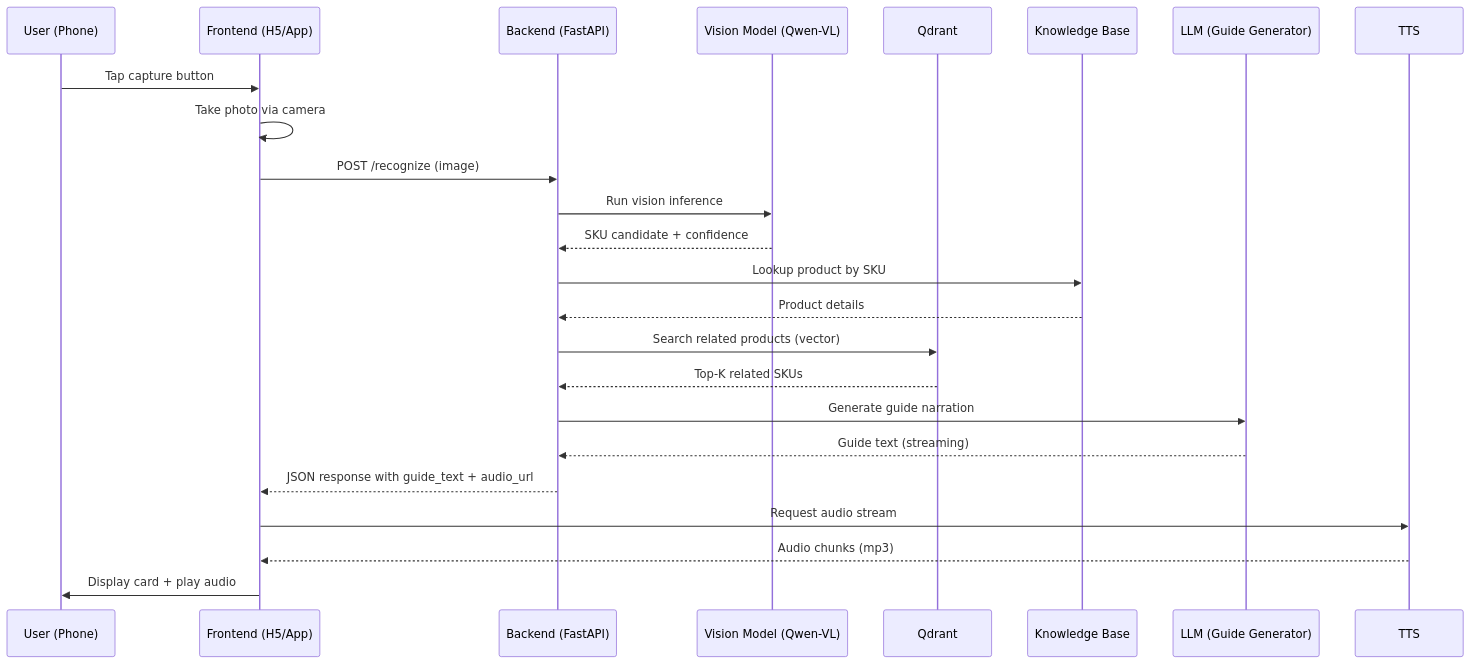
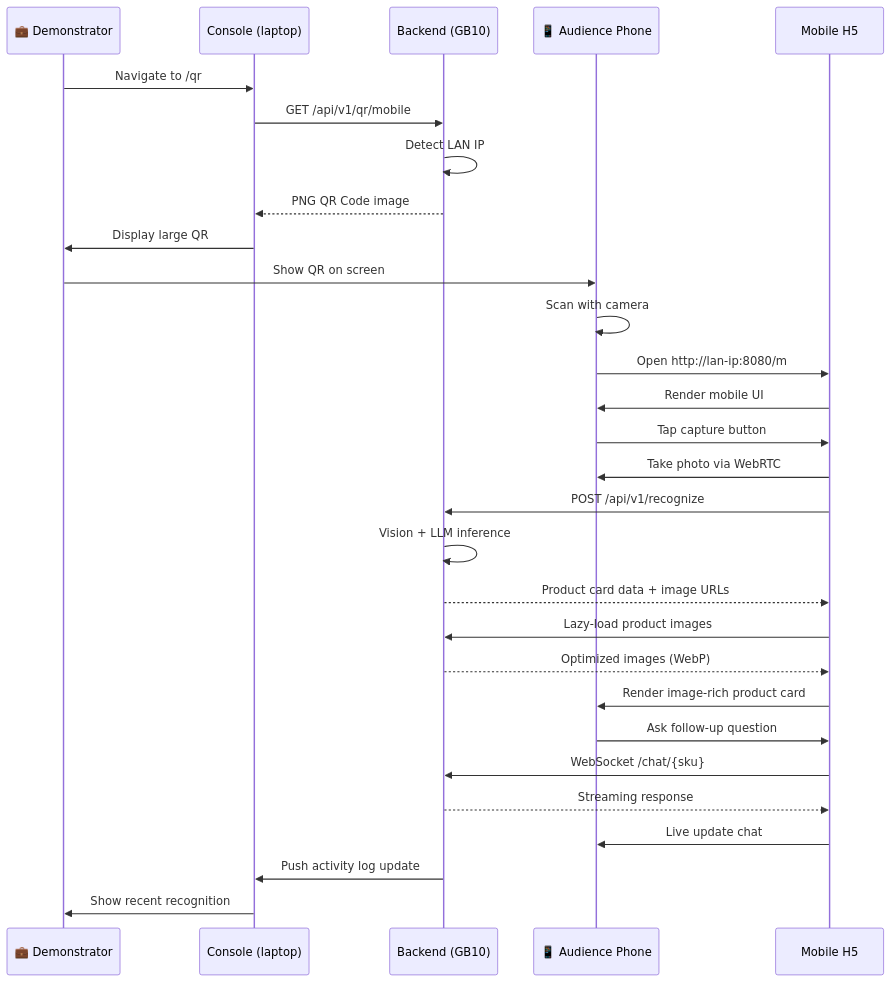
One commit to kerrykuang2023/smart-shopping-guide-agent changed the diagram in docs/architecture.md. Above: the diagram before and after it, drawn with Mermaid. The commit also changed other lines of this file and 8 other files, not shown here.

First line of the commit message:
docs: add comprehensive PRD and update architecture for dual-frontend image-first design

````diff
--- a/docs/architecture.md
+++ b/docs/architecture.md
@@ -92,27 +99,36 @@
 ```mermaid
 sequenceDiagram
-    participant U as User (Phone)
-    participant F as Frontend (H5/App)
-    participant B as Backend (FastAPI)
-    participant V as Vision Model (Qwen-VL)
-    participant Q as Qdrant
-    participant K as Knowledge Base
-    participant L as LLM (Guide Generator)
-    participant T as TTS
+    participant Demo as 💼 Demonstrator
+    participant Console as Console (laptop)
+    participant Server as Backend (GB10)
+    participant Phone as 📱 Audience Phone
+    participant H5 as Mobile H5
 
-    U->>F: Tap capture button
-    F->>F: Take photo via camera
-    F->>B: POST /recognize (image)
-    B->>V: Run vision inference
-    V-->>B: SKU candidate + confidence
-    B->>K: Lookup product by SKU
-    K-->>B: Product details
-    B->>Q: Search related products (vector)
-    Q-->>B: Top-K related SKUs
-    B->>L: Generate guide narration
-    L-->>B: Guide text (streaming)
-    B-->>F: JSON response with guide_text + audio_url
-    F->>T: Request audio stream
-    T-->>F: Audio chunks (mp3)
-    F->>U: Display card + play audio
+    Demo->>Console: Navigate to /qr
+    Console->>Server: GET /api/v1/qr/mobile
+    Server->>Server: Detect LAN IP
+    Server-->>Console: PNG QR Code image
+    Console->>Demo: Display large QR
+    
+    Demo->>Phone: Show QR on screen
+    Phone->>Phone: Scan with camera
+    Phone->>H5: Open http://lan-ip:8080/m
+    H5->>Phone: Render mobile UI
+    
+    Phone->>H5: Tap capture button
+    H5->>Phone: Take photo via WebRTC
+    H5->>Server: POST /api/v1/recognize
+    Server->>Server: Vision + LLM inference
+    Server-->>H5: Product card data + image URLs
+    H5->>Server: Lazy-load product images
+    Server-->>H5: Optimized images (WebP)
+    H5->>Phone: Render image-rich product card
+    
+    Phone->>H5: Ask follow-up question
+    H5->>Server: WebSocket /chat/{sku}
+    Server-->>H5: Streaming response
+    H5->>Phone: Live update chat
+    
+    Server->>Console: Push activity log update
+    Console->>Demo: Show recent recognition
 ```
````
